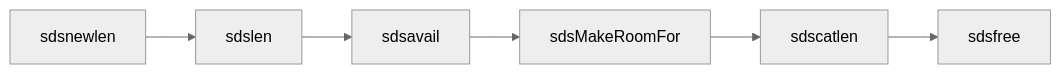
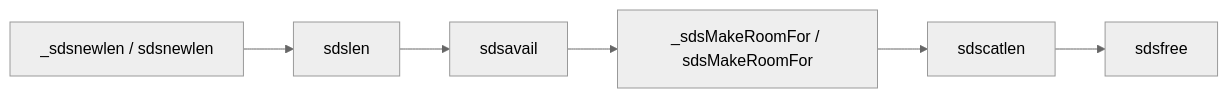
One commit to LeopardStack/LeopardStack.github.io changed the diagram in content/posts/tech/redis-deep-dive/02-sds/index.en.md. Above: the diagram before and after it, drawn with Mermaid (neutral theme). The commit also changed other lines of this file and 3 other files, not shown here.

````diff
--- a/content/posts/tech/redis-deep-dive/02-sds/index.en.md
+++ b/content/posts/tech/redis-deep-dive/02-sds/index.en.md
@@ -235,8 +278,8 @@
 ```mermaid
 graph LR
-    A["sdsnewlen"] --> B["sdslen"]
+    A["_sdsnewlen / sdsnewlen"] --> B["sdslen"]
     B --> C["sdsavail"]
-    C --> D["sdsMakeRoomFor"]
+    C --> D["_sdsMakeRoomFor / sdsMakeRoomFor"]
     D --> E["sdscatlen"]
     E --> F["sdsfree"]
 ```
````
